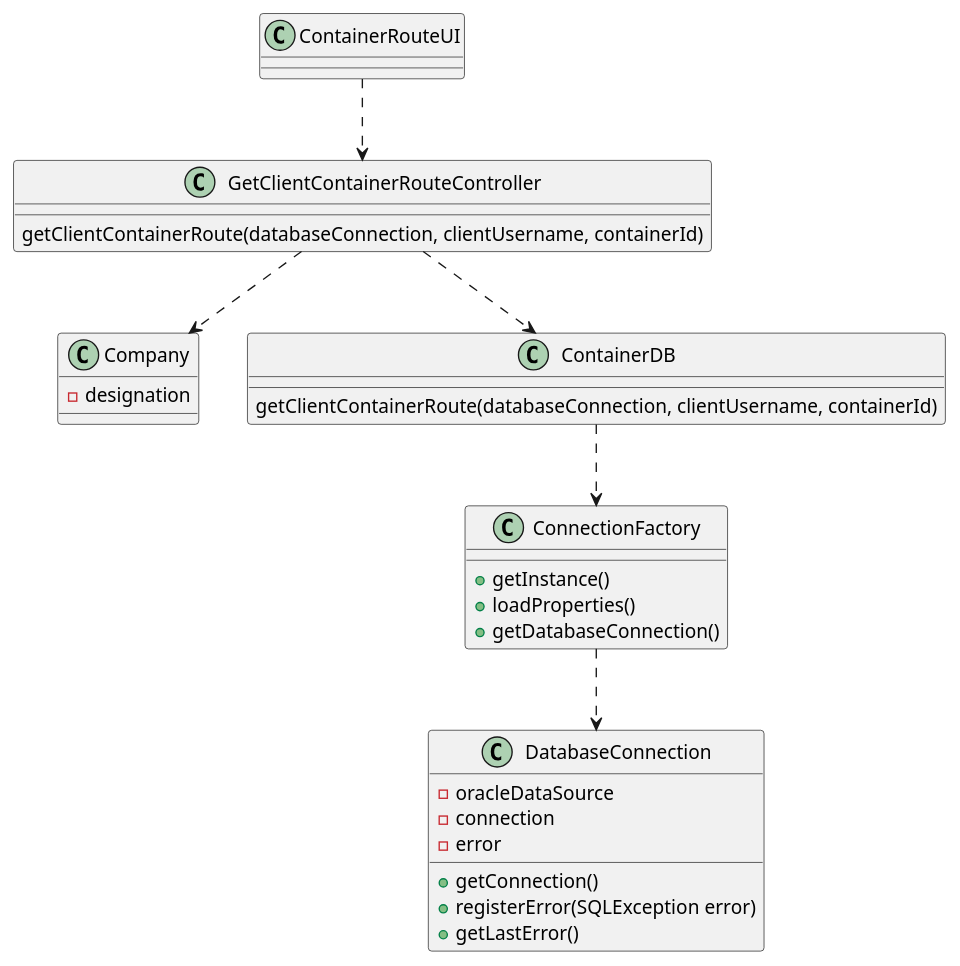
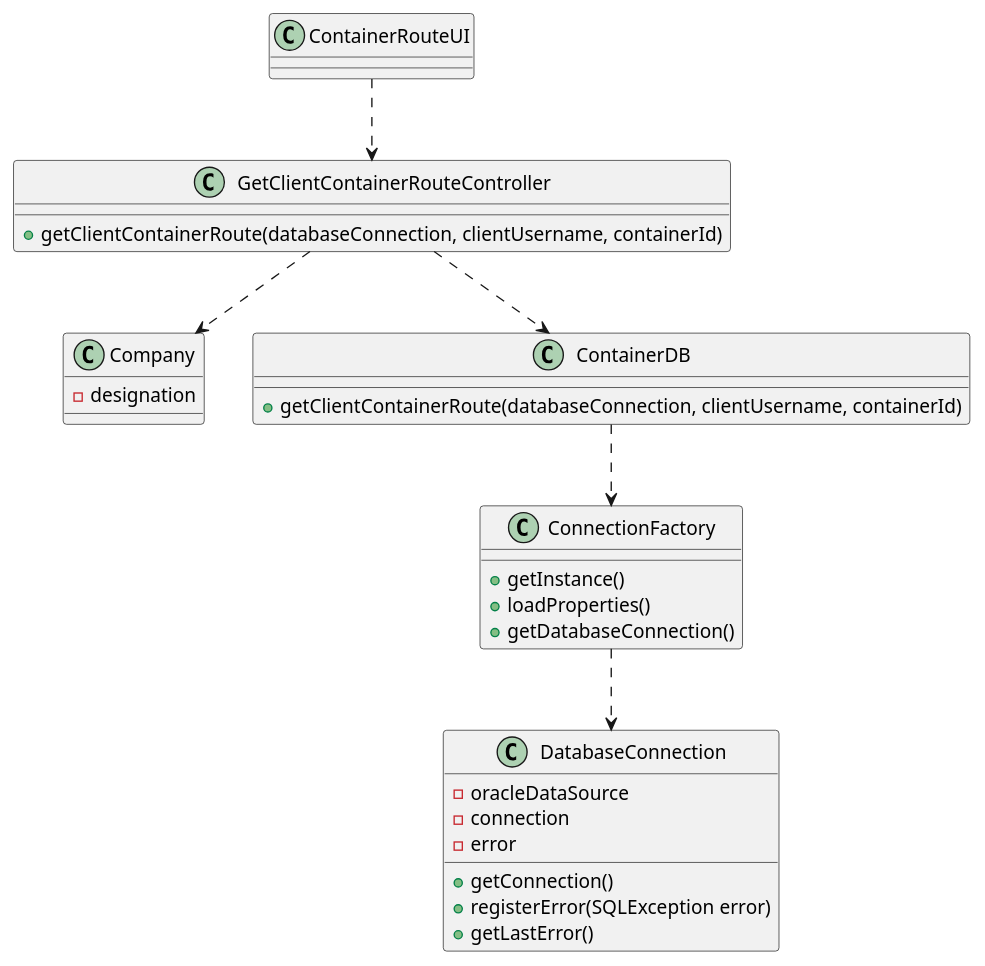
The diagram in docs/Sprint 4/US305/US305_CD.puml (mpoboas/lapr3-2021-g102), drawn with PlantUML before and after one commit. The commit also changed 3 other files, not shown here.

```diff
--- a/docs/Sprint 4/US305/US305_CD.puml
+++ b/docs/Sprint 4/US305/US305_CD.puml
@@ -1,40 +1,40 @@
 @startuml
 'https://plantuml.com/class-diagram
 
 class Company {
 -designation
 }
 
 class ContainerRouteUI {
 }
 
 class GetClientContainerRouteController {
-getClientContainerRoute(databaseConnection, clientUsername, containerId)
++getClientContainerRoute(databaseConnection, clientUsername, containerId)
 }
 
 class ContainerDB {
-getClientContainerRoute(databaseConnection, clientUsername, containerId)
++getClientContainerRoute(databaseConnection, clientUsername, containerId)
 }
 
 class ConnectionFactory{
 +getInstance()
 +loadProperties()
 +getDatabaseConnection()
 }
 
 class DatabaseConnection{
 -oracleDataSource
 -connection
 -error
 +getConnection()
 +registerError(SQLException error)
 +getLastError()
 }
 
 ContainerRouteUI ..> GetClientContainerRouteController
 GetClientContainerRouteController ..> ContainerDB
 GetClientContainerRouteController ..> Company
 ContainerDB ..> ConnectionFactory
 ConnectionFactory ..> DatabaseConnection
 
 @enduml
```
